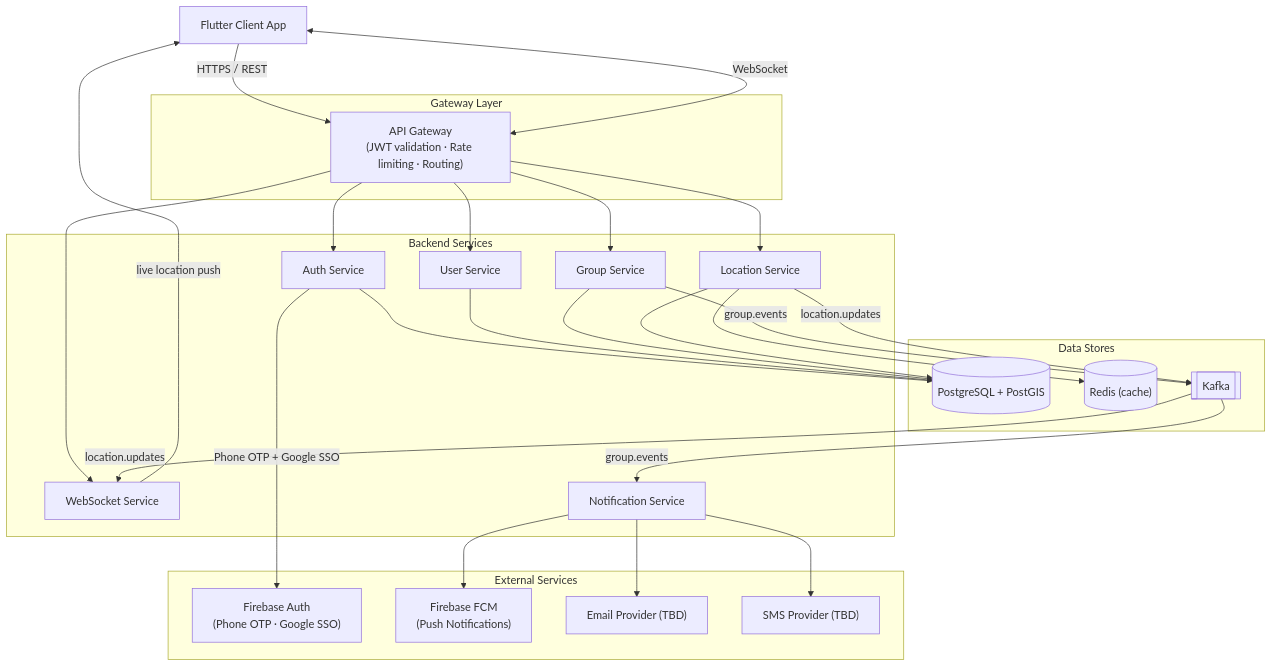
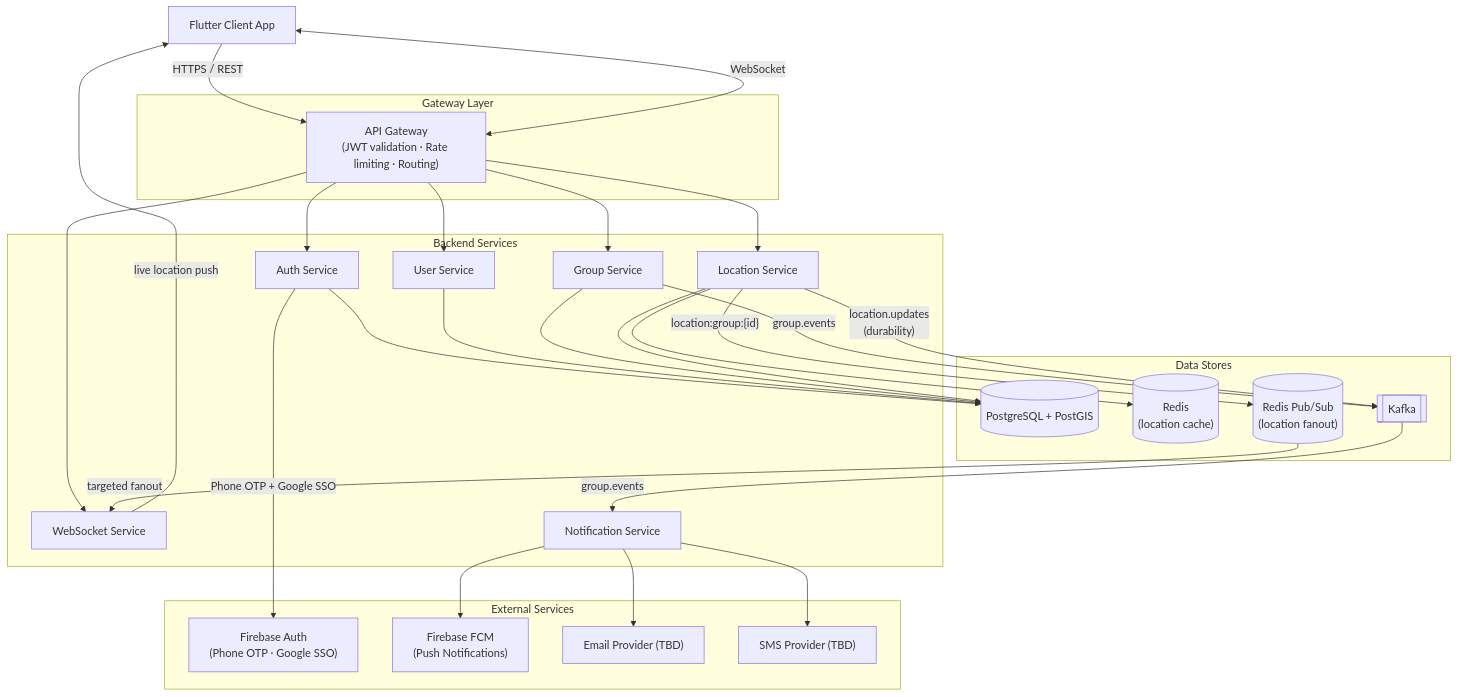
One commit to swapnilgt/track-my-buds changed the diagram in .claude/high_level_architecture.md. Above: the diagram before and after it, drawn with Mermaid. The commit also changed other lines of this file, not shown here.

Commit message:
Updating HLD to refine the location update listening mechanism

````diff
--- a/.claude/high_level_architecture.md
+++ b/.claude/high_level_architecture.md
@@ -10,59 +10,61 @@
 ```mermaid
 graph TD
     App["Flutter Client App"]
 
     subgraph Gateway Layer
         GW["API Gateway\n(JWT validation · Rate limiting · Routing)"]
     end
 
     subgraph Backend Services
         AuthSvc["Auth Service"]
         UserSvc["User Service"]
         GroupSvc["Group Service"]
         LocationSvc["Location Service"]
         WSSvc["WebSocket Service"]
         NotifSvc["Notification Service"]
     end
 
     subgraph Data Stores
         PG[("PostgreSQL + PostGIS")]
-        Redis[("Redis (cache)")]
+        RedisCache[("Redis\n(location cache)")]
+        RedisPubSub[("Redis Pub/Sub\n(location fanout)")]
         Kafka[["Kafka"]]
     end
 
     subgraph External Services
         FirebaseAuth["Firebase Auth\n(Phone OTP · Google SSO)"]
         FCM["Firebase FCM\n(Push Notifications)"]
         EmailProv["Email Provider (TBD)"]
         SMSProv["SMS Provider (TBD)"]
     end
 
     App -->|"HTTPS / REST"| GW
     App <-->|"WebSocket"| GW
 
     GW --> AuthSvc
     GW --> UserSvc
     GW --> GroupSvc
     GW --> LocationSvc
     GW --> WSSvc
 
     AuthSvc -->|"Phone OTP + Google SSO"| FirebaseAuth
 
     AuthSvc --> PG
     UserSvc --> PG
     GroupSvc --> PG
     LocationSvc --> PG
-    LocationSvc --> Redis
+    LocationSvc --> RedisCache
+    LocationSvc -->|"location:group:{id}"| RedisPubSub
 
     GroupSvc -->|"group.events"| Kafka
-    LocationSvc -->|"location.updates"| Kafka
+    LocationSvc -->|"location.updates\n(durability)"| Kafka
 
     Kafka -->|"group.events"| NotifSvc
-    Kafka -->|"location.updates"| WSSvc
+    RedisPubSub -->|"targeted fanout"| WSSvc
 
     WSSvc -->|"live location push"| App
 
     NotifSvc --> FCM
     NotifSvc --> EmailProv
     NotifSvc --> SMSProv
 ```
````
